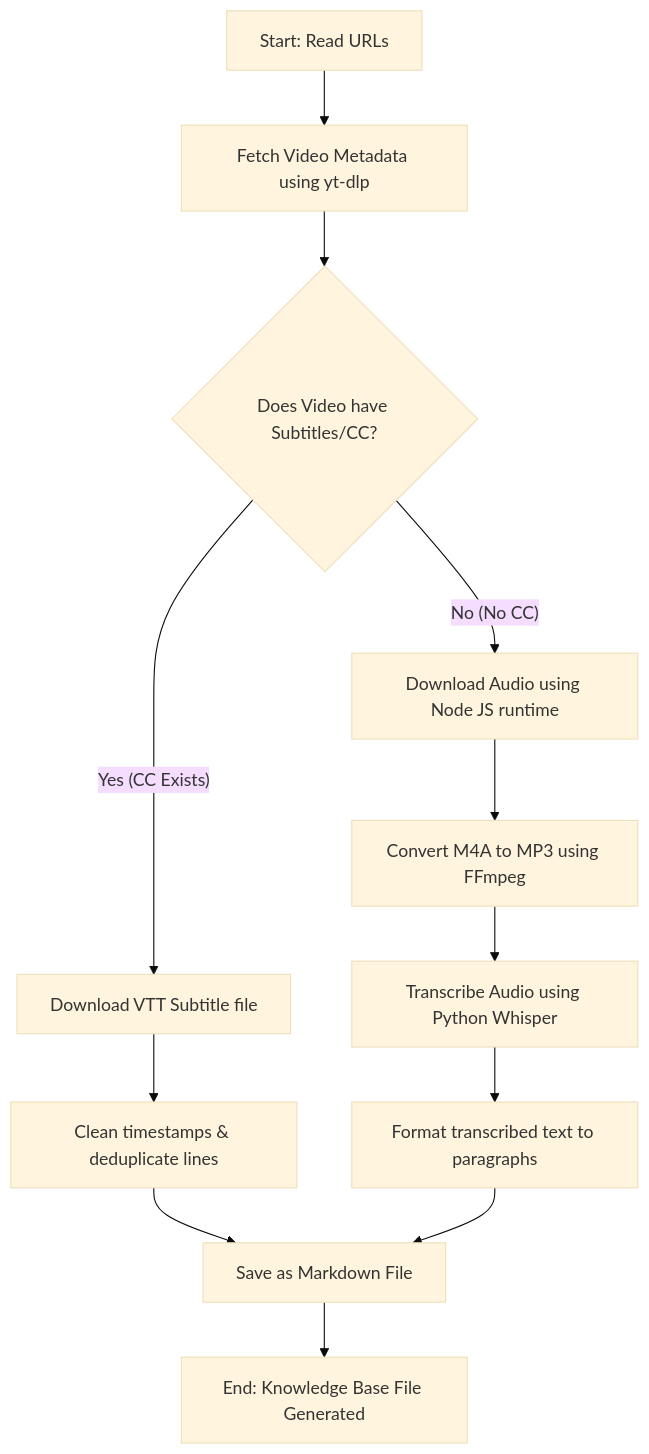
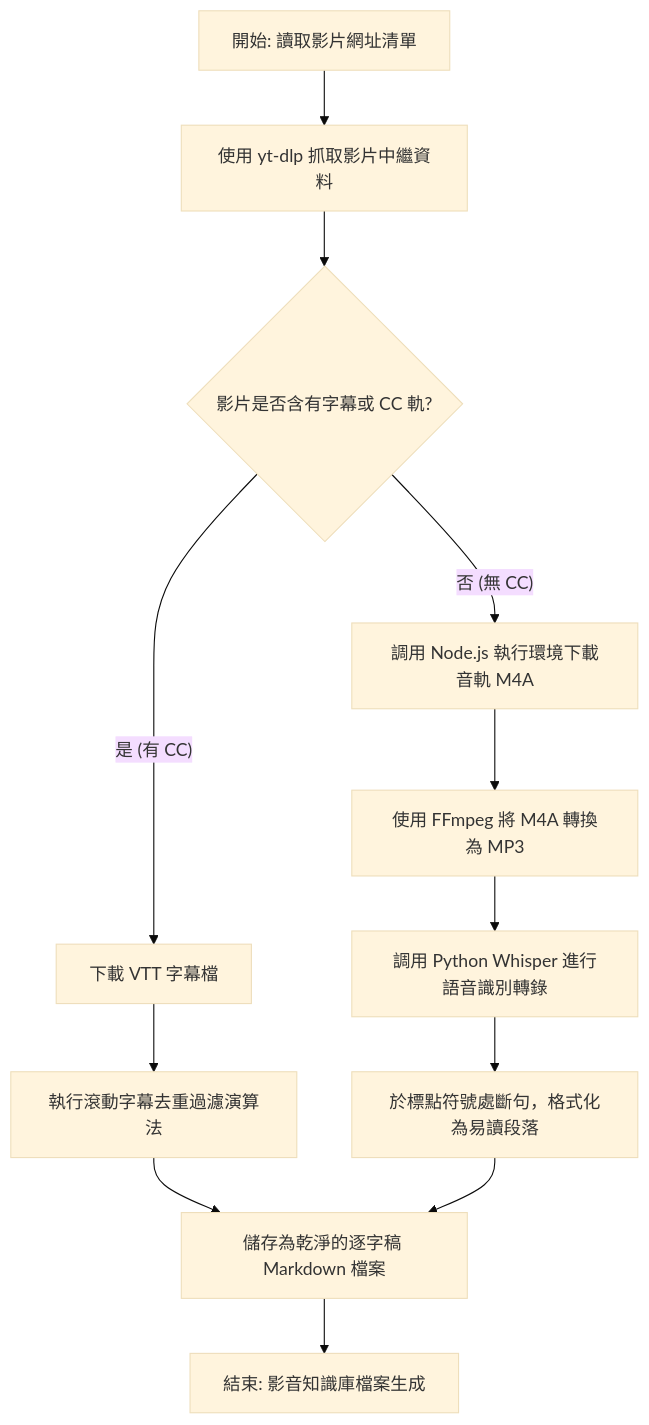
One commit to cyc8115832-ctrl/SenseBar-AI-Agent-Knowledgebase-Workflow changed the diagram in README.md. Above: the diagram before and after it, drawn with Mermaid (base theme). The commit also changed other lines of this file, not shown here.

````diff
--- a/README.md
+++ b/README.md
@@ -263,14 +269,14 @@
 ```mermaid
 graph TD
-    A[Start: Read URLs] --> B[Fetch Video Metadata using yt-dlp]
-    B --> C{Does Video have Subtitles/CC?}
-    C -- Yes (CC Exists) --> D[Download VTT Subtitle file]
-    D --> E[Clean timestamps & deduplicate lines]
-    E --> F[Save as Markdown File]
-    C -- No (No CC) --> G[Download Audio using Node JS runtime]
-    G --> H[Convert M4A to MP3 using FFmpeg]
-    H --> I[Transcribe Audio using Python Whisper]
-    I --> J[Format transcribed text to paragraphs]
+    A[開始: 讀取影片網址清單] --> B[使用 yt-dlp 抓取影片中繼資料]
+    B --> C{影片是否含有字幕或 CC 軌?}
+    C -- 是 (有 CC) --> D[下載 VTT 字幕檔]
+    D --> E[執行滾動字幕去重過濾演算法]
+    E --> F[儲存為乾淨的逐字稿 Markdown 檔案]
+    C -- 否 (無 CC) --> G[調用 Node.js 執行環境下載音軌 M4A]
+    G --> H[使用 FFmpeg 將 M4A 轉換為 MP3]
+    H --> I[調用 Python Whisper 進行語音識別轉錄]
+    I --> J[於標點符號處斷句，格式化為易讀段落]
     J --> F
-    F --> K[End: Knowledge Base File Generated]
+    F --> K[結束: 影音知識庫檔案生成]
 ```
````
